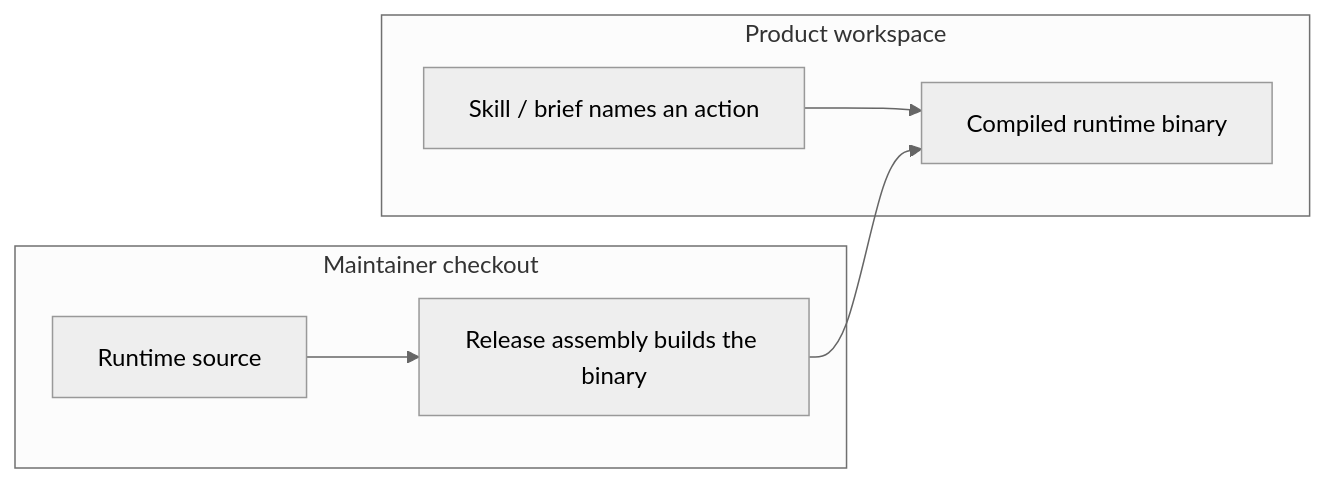
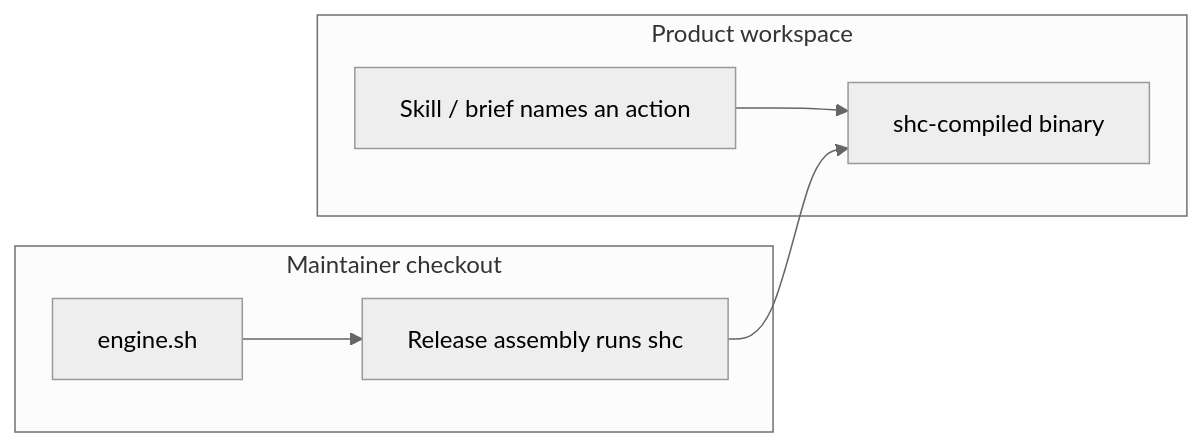
Before and after one commit to kaotypr/context-circuit-source: the diagram in intent/i026-compiled-runtime/detail/design.md, drawn with Mermaid (neutral theme). The commit also changed other lines of this file and 5 other files, not shown here.

First line of the commit message:
docs(intent): compile the i026 runtime with shc, not a rewrite

````diff
--- a/intent/i026-compiled-runtime/detail/design.md
+++ b/intent/i026-compiled-runtime/detail/design.md
@@ -69,14 +71,14 @@
 ```mermaid
 flowchart LR
   subgraph product ["Product workspace"]
     Skill["Skill / brief names an action"]
-    Bin["Compiled runtime binary"]
+    Bin["shc-compiled binary"]
     Skill --> Bin
   end
   subgraph source ["Maintainer checkout"]
-    Src["Runtime source"]
-    Build["Release assembly builds the binary"]
+    Src["engine.sh"]
+    Build["Release assembly runs shc"]
     Src --> Build
   end
   Build --> Bin
 ```
````
